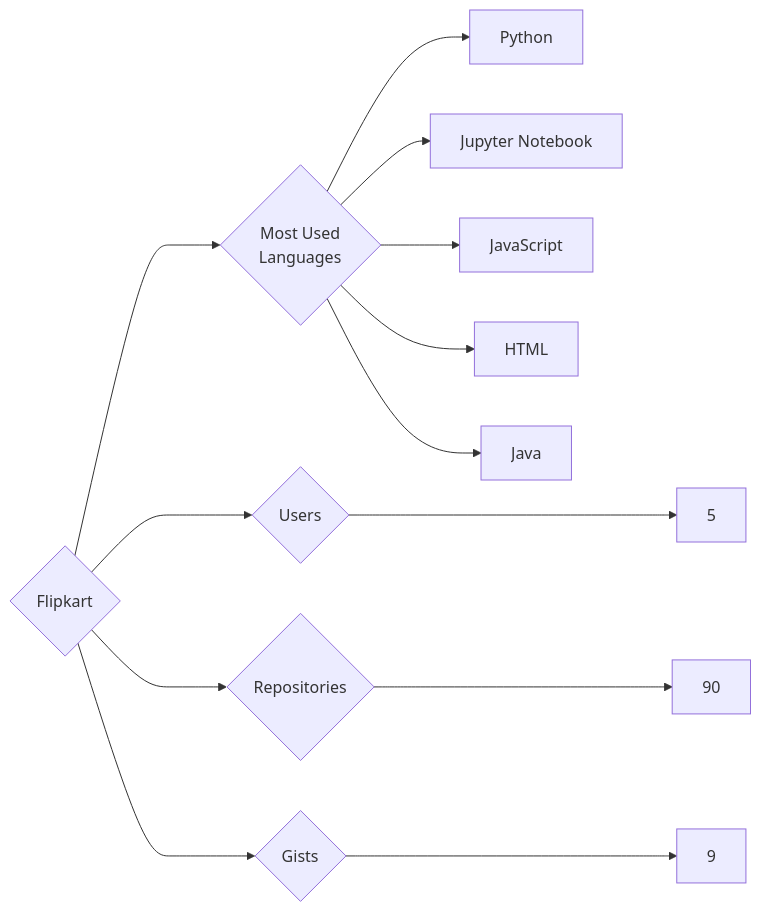
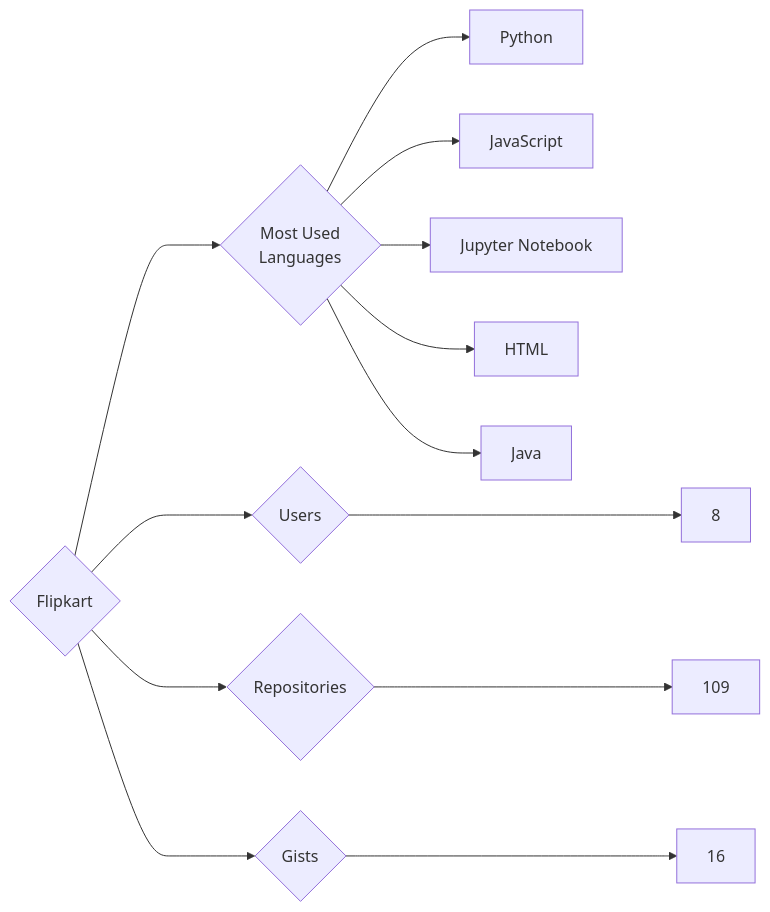
The diagram in targets/Flipkart/README.md (trickest/insiders), drawn with Mermaid before and after one commit. The commit also changed 1084 other files, not shown here.

````diff
--- a/targets/Flipkart/README.md
+++ b/targets/Flipkart/README.md
@@ -3,13 +3,13 @@
 ```mermaid
 graph LR
 COMPANY_NAME{Flipkart}
-COMPANY_NAME ---> U{Users} ---> UN[5]
-COMPANY_NAME ---> R{Repositories} ---> RN[90]
-COMPANY_NAME ---> G{Gists} ---> GN[9]
+COMPANY_NAME ---> U{Users} ---> UN[8]
+COMPANY_NAME ---> R{Repositories} ---> RN[109]
+COMPANY_NAME ---> G{Gists} ---> GN[16]
 COMPANY_NAME ---> ML{Most Used<br>Languages}
 ML --> Python[Python]
+ML --> JavaScript[JavaScript]
 ML --> Jupyter_Notebook[Jupyter Notebook]
-ML --> JavaScript[JavaScript]
 ML --> HTML[HTML]
 ML --> Java[Java]
 ```
````
